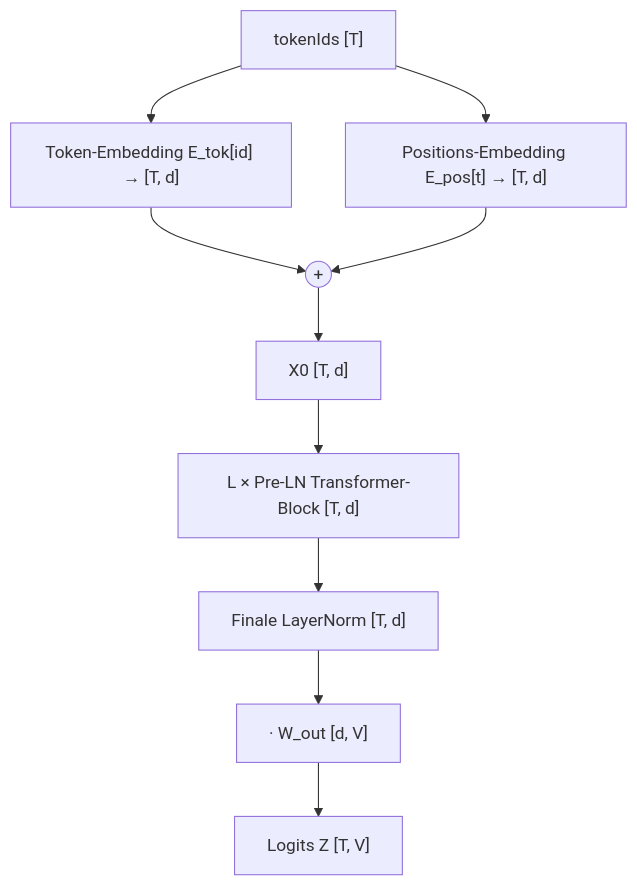
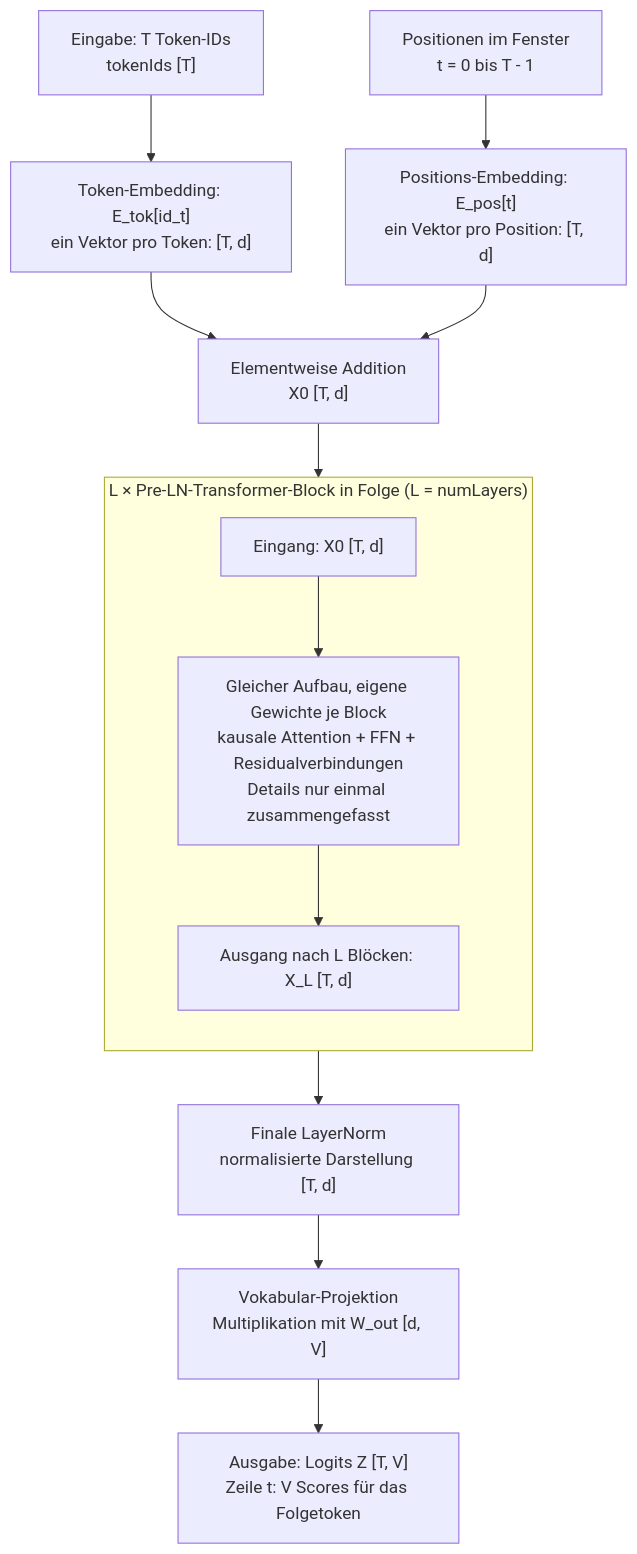
The first of 3 diagrams in docs/book/kapitel/06-gpt.adoc (zuegi/learn-neural-networks), drawn with Mermaid before and after one commit. The commit also changed other lines of this file and 1 other file, not shown here.

```diff
--- a/docs/book/kapitel/06-gpt.adoc
+++ b/docs/book/kapitel/06-gpt.adoc
@@ -81,13 +144,17 @@
 [mermaid]
 ....
 flowchart TD
-    ids["tokenIds [T]"] --> tok["Token-Embedding E_tok[id] → [T, d]"]
-    ids --> pos["Positions-Embedding E_pos[t] → [T, d]"]
-    tok --> add(("+"))
+    ids["Eingabe: T Token-IDs<br/>tokenIds [T]"] --> tok["Token-Embedding: E_tok[id_t]<br/>ein Vektor pro Token: [T, d]"]
+    positions["Positionen im Fenster<br/>t = 0 bis T - 1"] --> pos["Positions-Embedding: E_pos[t]<br/>ein Vektor pro Position: [T, d]"]
+    tok --> add["Elementweise Addition<br/>X0 [T, d]"]
     pos --> add
-    add --> x0["X0 [T, d]"]
-    x0 --> blocks["L × Pre-LN Transformer-Block [T, d]"]
-    blocks --> lnf["Finale LayerNorm [T, d]"]
-    lnf --> head["· W_out [d, V]"]
-    head --> logits["Logits Z [T, V]"]
+    subgraph transformerStack["L × Pre-LN-Transformer-Block in Folge (L = numLayers)"]
+        direction TB
+        blockInput["Eingang: X0 [T, d]"] --> blocks["Gleicher Aufbau, eigene Gewichte je Block<br/>kausale Attention + FFN + Residualverbindungen<br/>Details nur einmal zusammengefasst"]
+        blocks --> blockOutput["Ausgang nach L Blöcken: X_L [T, d]"]
+    end
+    add --> blockInput
+    blockOutput --> lnf["Finale LayerNorm<br/>normalisierte Darstellung [T, d]"]
+    lnf --> head["Vokabular-Projektion<br/>Multiplikation mit W_out [d, V]"]
+    head --> logits["Ausgabe: Logits Z [T, V]<br/>Zeile t: V Scores für das Folgetoken"]
 ....
```
